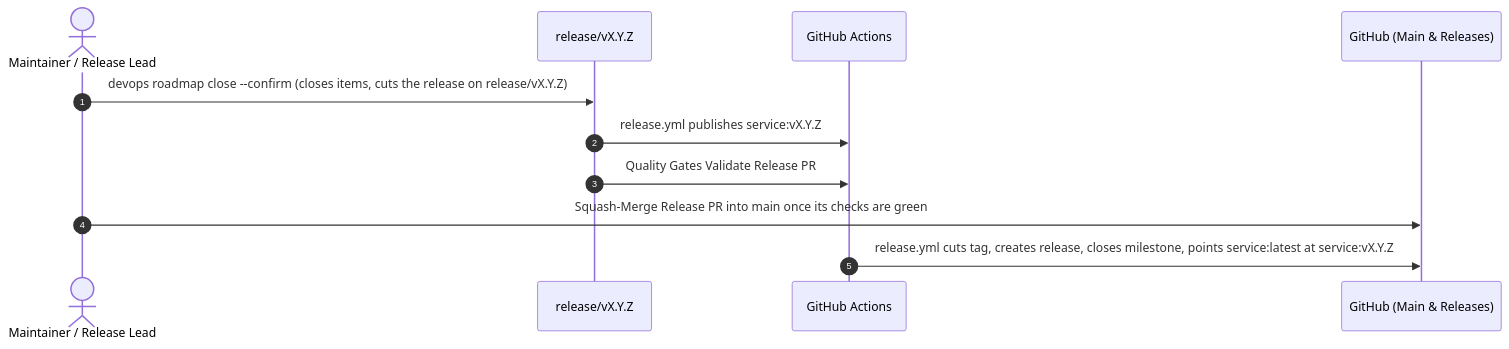
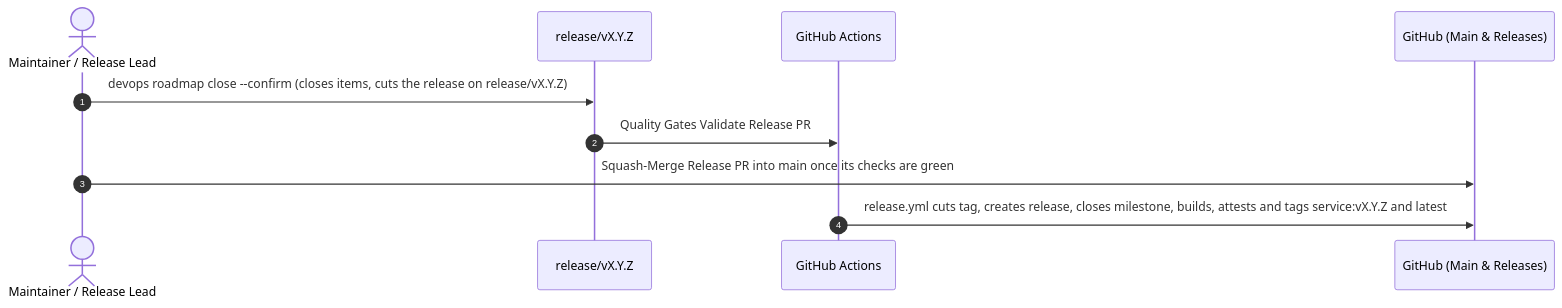
One commit to dan-petty/devops-cli changed the third of 3 diagrams in docs/ROUTINE_TASKS.md. Above: the diagram before and after it, drawn with Mermaid. The commit also changed other lines of this file and 113 other files, not shown here.

````diff
--- a/docs/ROUTINE_TASKS.md
+++ b/docs/ROUTINE_TASKS.md
@@ -247,14 +247,13 @@
 ```mermaid
 sequenceDiagram
     autonumber
     actor Maintainer as Maintainer / Release Lead
     participant Branch as release/vX.Y.Z
     participant CI as GitHub Actions
     participant Hub as GitHub (Main & Releases)
 
     Maintainer->>Branch: devops roadmap close --confirm (closes items, cuts the release on release/vX.Y.Z)
-    Branch->>CI: release.yml publishes service:vX.Y.Z
     Branch->>CI: Quality Gates Validate Release PR
     Maintainer->>Hub: Squash-Merge Release PR into main once its checks are green
-    CI->>Hub: release.yml cuts tag, creates release, closes milestone, points service:latest at service:vX.Y.Z
+    CI->>Hub: release.yml cuts tag, creates release, closes milestone, builds, attests and tags service:vX.Y.Z and latest
 ```
````
